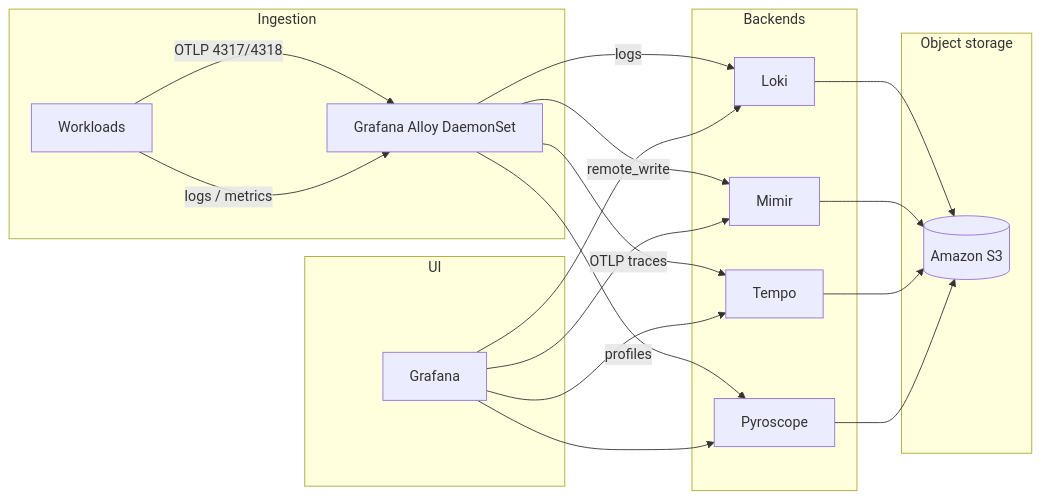
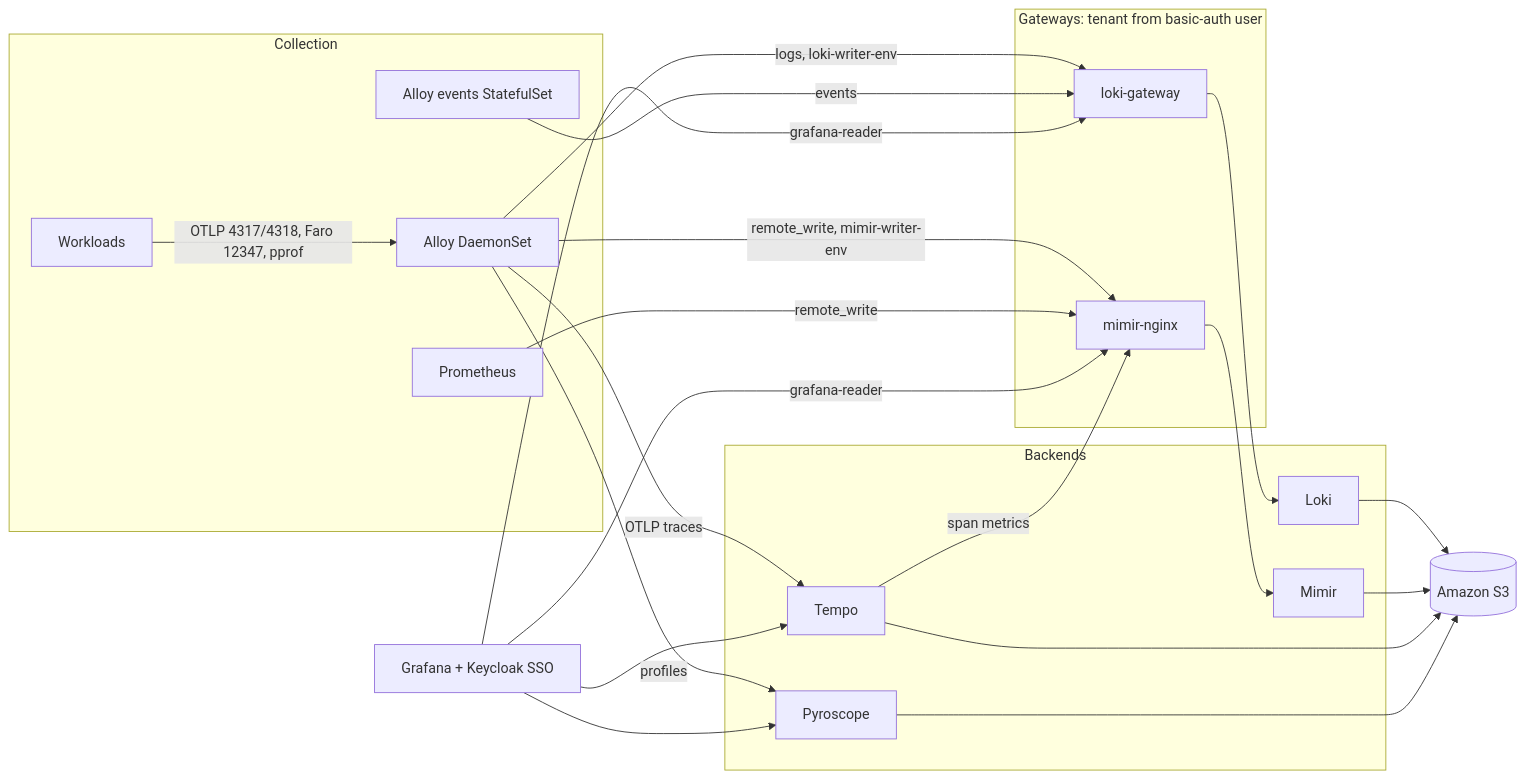
The diagram in README.md (kioskOG/observability-hub), drawn with Mermaid before and after one commit. The commit also changed other lines of this file and 385 other files, not shown here.

````diff
--- a/README.md
+++ b/README.md
@@ -34,33 +60,36 @@
 ```mermaid
 flowchart LR
-  subgraph ingest [Ingestion]
+  subgraph ingest [Collection]
     Apps[Workloads]
-    Alloy[Grafana Alloy DaemonSet]
-    Apps -->|OTLP 4317/4318| Alloy
-    Apps -->|logs / metrics| Alloy
+    Alloy[Alloy DaemonSet]
+    Events[Alloy events StatefulSet]
+    Prom[Prometheus]
+    Apps -->|OTLP 4317/4318, Faro 12347, pprof| Alloy
+  end
+  subgraph gw [Gateways: tenant from basic-auth user]
+    LGW[loki-gateway]
+    MGW[mimir-nginx]
   end
   subgraph backends [Backends]
     Loki[Loki]
     Mimir[Mimir]
     Tempo[Tempo]
     Pyroscope[Pyroscope]
   end
-  subgraph storage [Object storage]
-    S3[(Amazon S3)]
-  end
-  Alloy -->|logs| Loki
-  Alloy -->|remote_write| Mimir
+  S3[(Amazon S3)]
+  Alloy -->|logs, loki-writer-env| LGW --> Loki
+  Events -->|events| LGW
+  Alloy -->|remote_write, mimir-writer-env| MGW --> Mimir
+  Prom -->|remote_write| MGW
   Alloy -->|OTLP traces| Tempo
+  Tempo -->|span metrics| MGW
   Alloy -->|profiles| Pyroscope
   Loki --> S3
   Mimir --> S3
   Tempo --> S3
   Pyroscope --> S3
-  subgraph ui [UI]
-    Grafana[Grafana]
-  end
-  Grafana --> Loki
-  Grafana --> Mimir
+  Grafana[Grafana + Keycloak SSO] -->|grafana-reader| LGW
+  Grafana -->|grafana-reader| MGW
   Grafana --> Tempo
   Grafana --> Pyroscope
 ```
````
